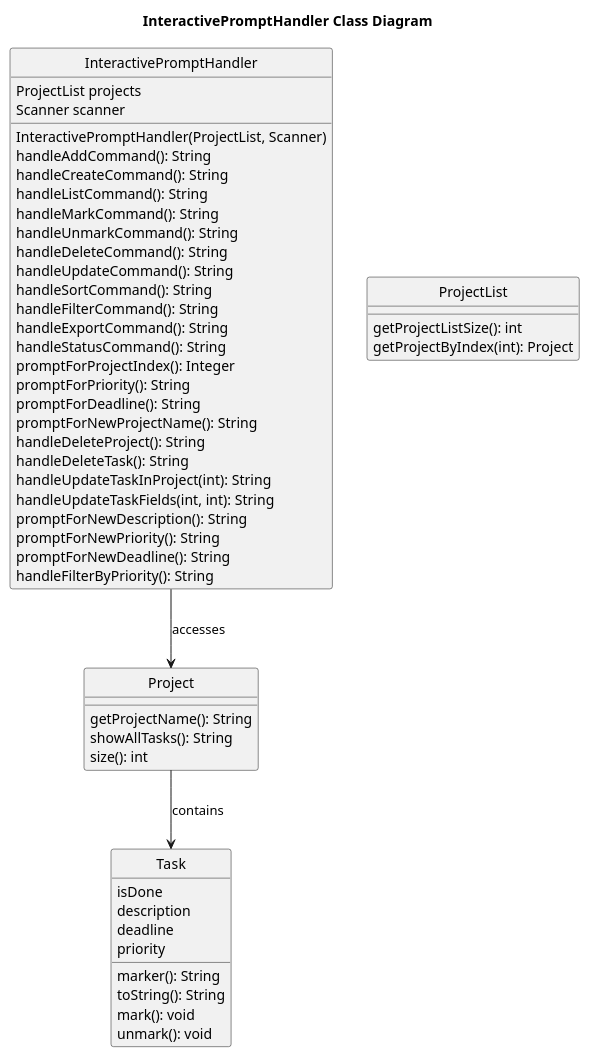
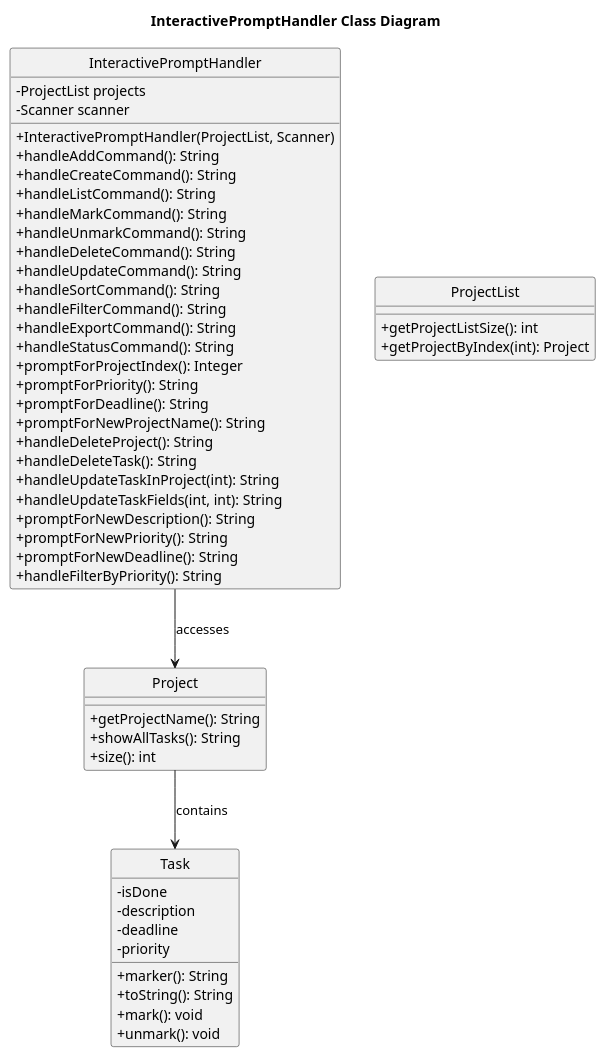
Before and after one commit to sean6369/tp: the diagram in docs/plantUML/interactive-prompt-handler/interactiveprompthandler-class-diagram.puml, drawn with PlantUML. The commit also changed 38 other files, not shown here.

First line of the commit message:
Fix sequence diagrams for Yao Xiang's sections

```diff
--- a/docs/plantUML/interactive-prompt-handler/interactiveprompthandler-class-diagram.puml
+++ b/docs/plantUML/interactive-prompt-handler/interactiveprompthandler-class-diagram.puml
@@ -1,62 +1,62 @@
 @startuml InteractivePromptHandler Class Diagram
 title InteractivePromptHandler Class Diagram
 
 skinparam classAttributeIconSize 0
 skinparam shadowing false
 skinparam monochrome true
 hide circle
 
 class InteractivePromptHandler {
-    ProjectList projects
-    Scanner scanner
-    InteractivePromptHandler(ProjectList, Scanner)
-    handleAddCommand(): String
-    handleCreateCommand(): String
-    handleListCommand(): String
-    handleMarkCommand(): String
-    handleUnmarkCommand(): String
-    handleDeleteCommand(): String
-    handleUpdateCommand(): String
-    handleSortCommand(): String
-    handleFilterCommand(): String
-    handleExportCommand(): String
-    handleStatusCommand(): String
-    promptForProjectIndex(): Integer
-    promptForPriority(): String
-    promptForDeadline(): String
-    promptForNewProjectName(): String
-    handleDeleteProject(): String
-    handleDeleteTask(): String
-    handleUpdateTaskInProject(int): String
-    handleUpdateTaskFields(int, int): String
-    promptForNewDescription(): String
-    promptForNewPriority(): String
-    promptForNewDeadline(): String
-    handleFilterByPriority(): String
+    - ProjectList projects
+    - Scanner scanner
+    + InteractivePromptHandler(ProjectList, Scanner)
+    + handleAddCommand(): String
+    + handleCreateCommand(): String
+    + handleListCommand(): String
+    + handleMarkCommand(): String
+    + handleUnmarkCommand(): String
+    + handleDeleteCommand(): String
+    + handleUpdateCommand(): String
+    + handleSortCommand(): String
+    + handleFilterCommand(): String
+    + handleExportCommand(): String
+    + handleStatusCommand(): String
+    + promptForProjectIndex(): Integer
+    + promptForPriority(): String
+    + promptForDeadline(): String
+    + promptForNewProjectName(): String
+    + handleDeleteProject(): String
+    + handleDeleteTask(): String
+    + handleUpdateTaskInProject(int): String
+    + handleUpdateTaskFields(int, int): String
+    + promptForNewDescription(): String
+    + promptForNewPriority(): String
+    + promptForNewDeadline(): String
+    + handleFilterByPriority(): String
 }
 
 class ProjectList {
-    getProjectListSize(): int
-    getProjectByIndex(int): Project
+    + getProjectListSize(): int
+    + getProjectByIndex(int): Project
 }
 
 class Project {
-    getProjectName(): String
-    showAllTasks(): String
-    size(): int
+    + getProjectName(): String
+    + showAllTasks(): String
+    + size(): int
 }
 
 class Task {
-    isDone
-    description
-    deadline
-    priority
-    marker(): String
-    toString(): String
-    mark(): void
-    unmark(): void
+    - isDone
+    - description
+    - deadline
+    - priority
+    + marker(): String
+    + toString(): String
+    + mark(): void
+    + unmark(): void
 }
 
 InteractivePromptHandler --> Project : accesses
 Project --> Task : contains
 @enduml
```
